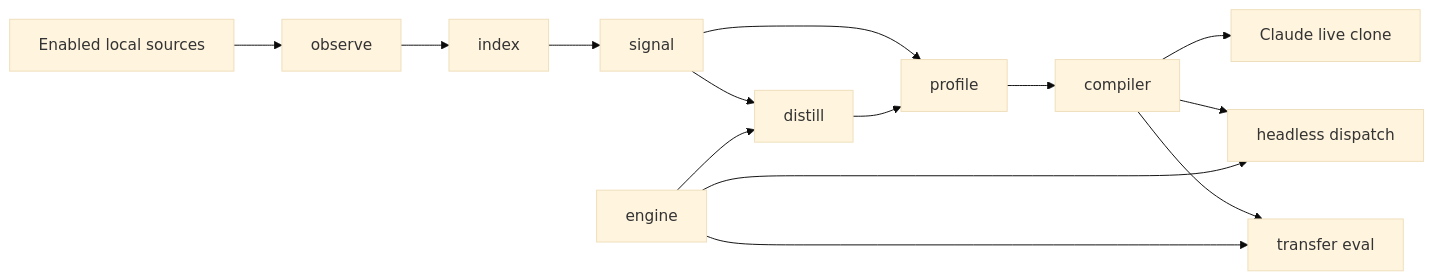
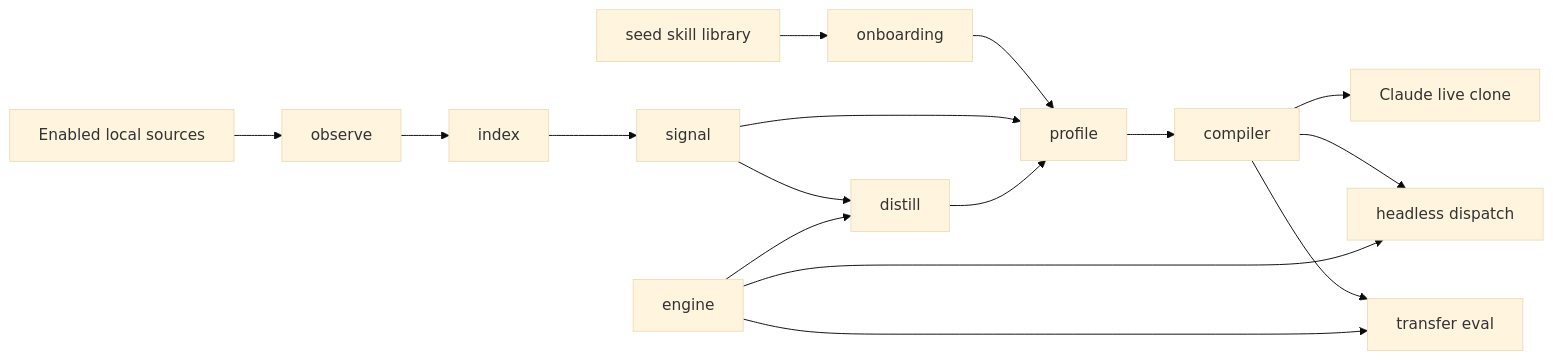
Before and after one commit to theonly1me/shadowclone: the diagram in docs/architecture/README.md, drawn with Mermaid (base theme). The commit also changed other lines of this file and 15 other files, not shown here.

Commit message:
feat(cli): add profile onboarding wizard

````diff
--- a/docs/architecture/README.md
+++ b/docs/architecture/README.md
@@ -25,16 +25,18 @@
 ```mermaid
 flowchart LR
+    Skills[seed skill library] --> Onboarding[onboarding]
+    Onboarding --> Profile[profile]
     Sources[Enabled local sources] --> Observe[observe]
     Observe --> Index[index]
     Index --> Signal[signal]
     Signal --> Profile[profile]
     Signal --> Distill[distill]
     Engine[engine] --> Distill
     Distill --> Profile
     Profile --> Compiler[compiler]
     Compiler --> Live[Claude live clone]
     Compiler --> Dispatch[headless dispatch]
     Compiler --> Eval[transfer eval]
     Engine --> Dispatch
     Engine --> Eval
 ```
````
